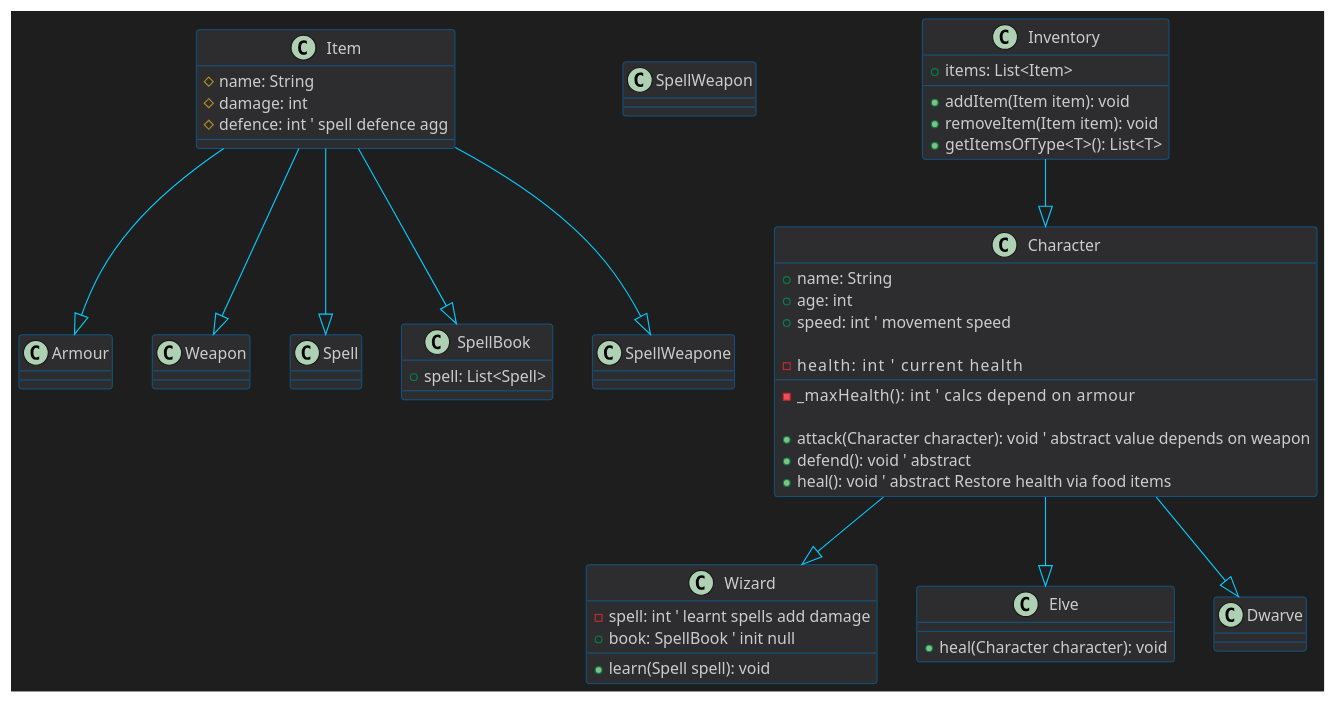
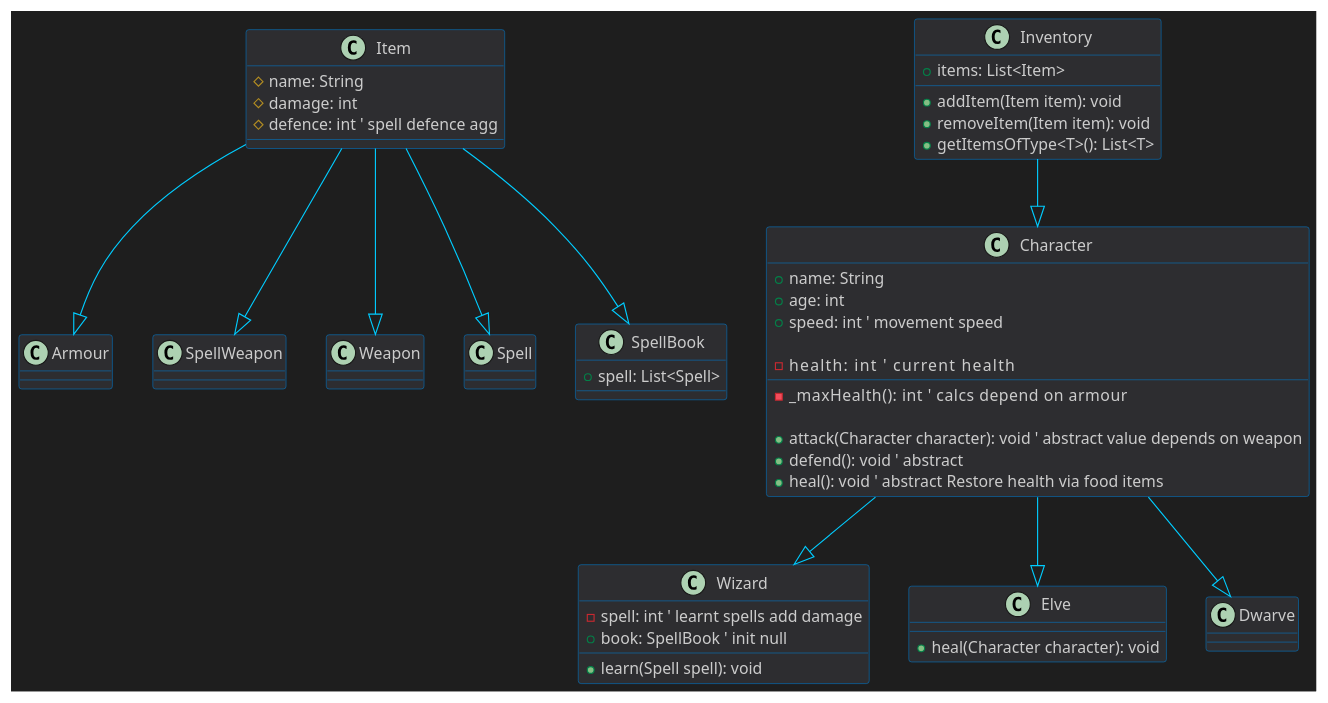
The diagram in inheritance.puml (brunofrancoucu/p2-roleplay-game), drawn with PlantUML before and after one commit.

```diff
--- a/inheritance.puml
+++ b/inheritance.puml
@@ -1,85 +1,85 @@
 @startuml
 ' Dark mode background
 skinparam backgroundColor #1E1E1E
 skinparam defaultTextColor #CCCCCC
 
 ' Style for classes
 skinparam class {
     BackgroundColor #2D2D30
     BorderColor #007ACC
     FontColor #FFFFFF
     FooterFontColor #CCCCCC
     AttributeFontColor #CCCCCC
 }
 
 ' Style for arrows
 skinparam ArrowColor #00CCFF
 
 class Item {
     # name: String
     # damage: int
     # defence: int ' spell defence agg
 }
 
 class Armour {
 }
 
 ' only weapon wizard can use
 class SpellWeapon
 
 class Weapon {
 }
 
 class Spell {
 }
 
 class SpellBook {
     + spell: List<Spell>
 }
 
 class Inventory {
     + items: List<Item>
     + addItem(Item item): void
     + removeItem(Item item): void
     + getItemsOfType<T>(): List<T>
 }
 
 ' abstract
 class Character {
     + name: String
     + age: int
     + speed: int ' movement speed
 
     - health: int         ' current health
     - _maxHealth(): int      ' calcs depend on armour
 
     + attack(Character character): void ' abstract value depends on weapon
     + defend(): void ' abstract
     + heal(): void ' abstract Restore health via food items
 }
 
 class Wizard {
     - spell: int ' learnt spells add damage 
     + book: SpellBook ' init null
     + learn(Spell spell): void
 }
 
 class Elve {
     + heal(Character character): void
 }
 
 class Dwarve {
 }
 
 Inventory --|> Character
 
 Character --|> Wizard
 Character --|> Elve
 Character --|> Dwarve
 
 Item --|> SpellBook
-Item --|> SpellWeapone
+Item --|> SpellWeapon
 Item --|> Weapon
 Item --|> Armour
 Item --|> Spell
 @enduml
```
